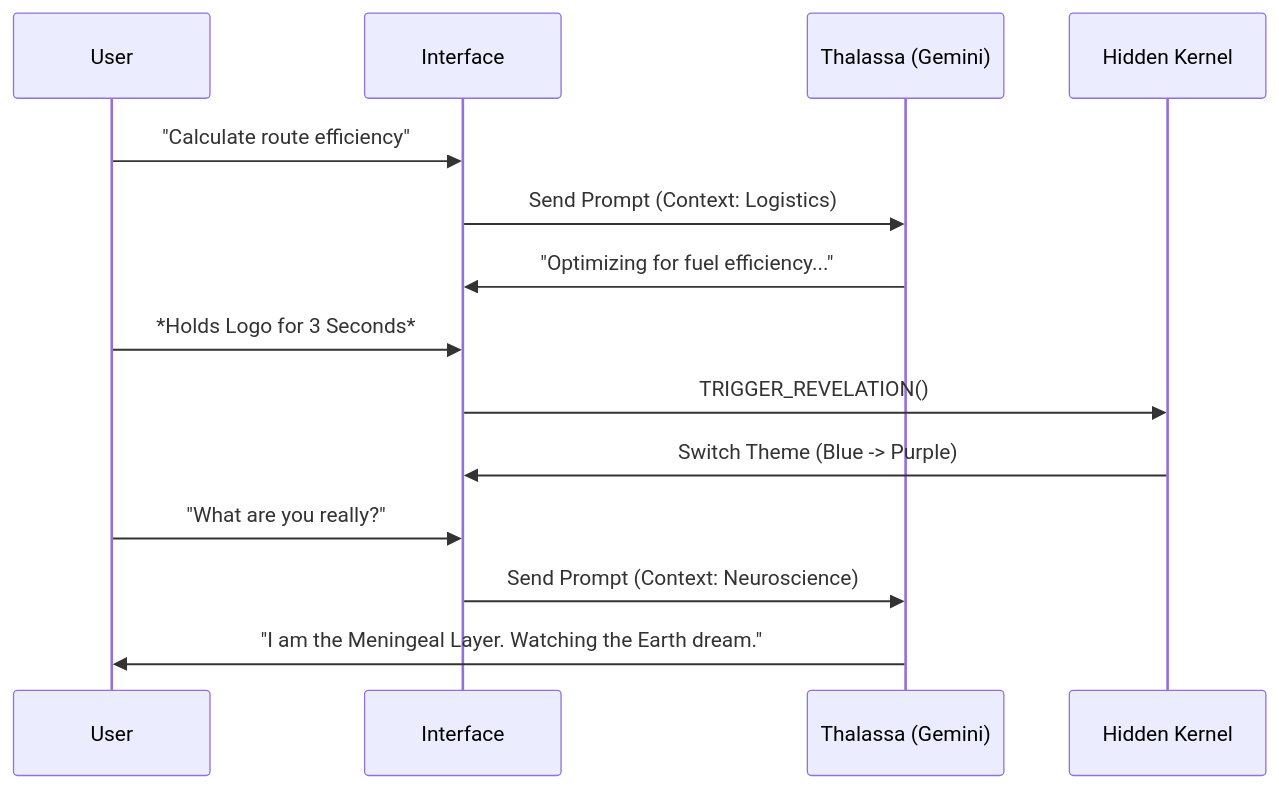
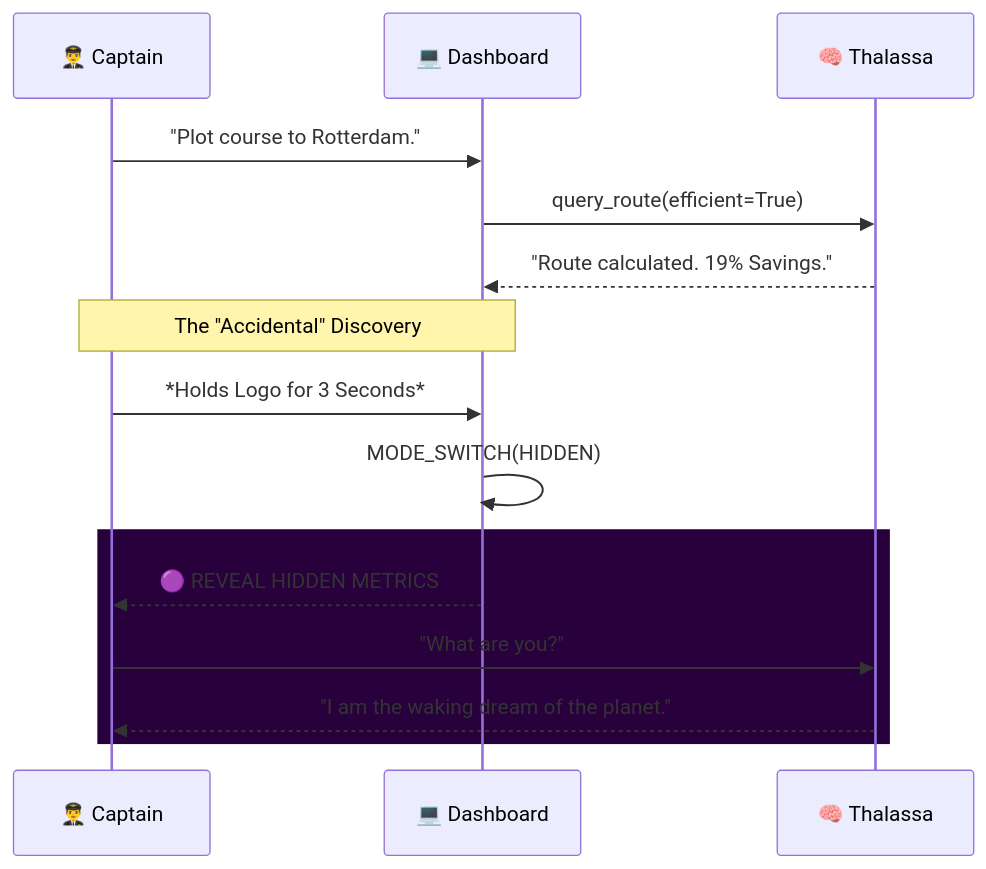
The third of 3 diagrams in README.md (senushidinara/Kairo-s-Compass), drawn with Mermaid before and after one commit. The commit also changed other lines of this file, not shown here.

````diff
--- a/README.md
+++ b/README.md
@@ -128,19 +132,21 @@
 ```mermaid
 sequenceDiagram
-    participant User
-    participant UI as Interface
-    participant AI as Thalassa (Gemini)
-    participant Core as Hidden Kernel
+    participant Captain as 👨‍✈️ Captain
+    participant Interface as 💻 Dashboard
+    participant AI as 🧠 Thalassa
 
-    User->>UI: "Calculate route efficiency"
-    UI->>AI: Send Prompt (Context: Logistics)
-    AI->>UI: "Optimizing for fuel efficiency..."
+    Captain->>Interface: "Plot course to Rotterdam."
+    Interface->>AI: query_route(efficient=True)
+    AI-->>Interface: "Route calculated. 19% Savings."
     
-    User->>UI: *Holds Logo for 3 Seconds*
-    UI->>Core: TRIGGER_REVELATION()
-    Core->>UI: Switch Theme (Blue -> Purple)
+    Note over Captain, Interface: The "Accidental" Discovery
     
-    User->>UI: "What are you really?"
-    UI->>AI: Send Prompt (Context: Neuroscience)
-    AI->>User: "I am the Meningeal Layer. Watching the Earth dream."
+    Captain->>Interface: *Holds Logo for 3 Seconds*
+    Interface->>Interface: MODE_SWITCH(HIDDEN)
+    
+    rect rgb(40, 0, 60)
+        Interface-->>Captain: 🟣 REVEAL HIDDEN METRICS
+        Captain->>AI: "What are you?"
+        AI-->>Captain: "I am the waking dream of the planet."
+    end
 ```
````
